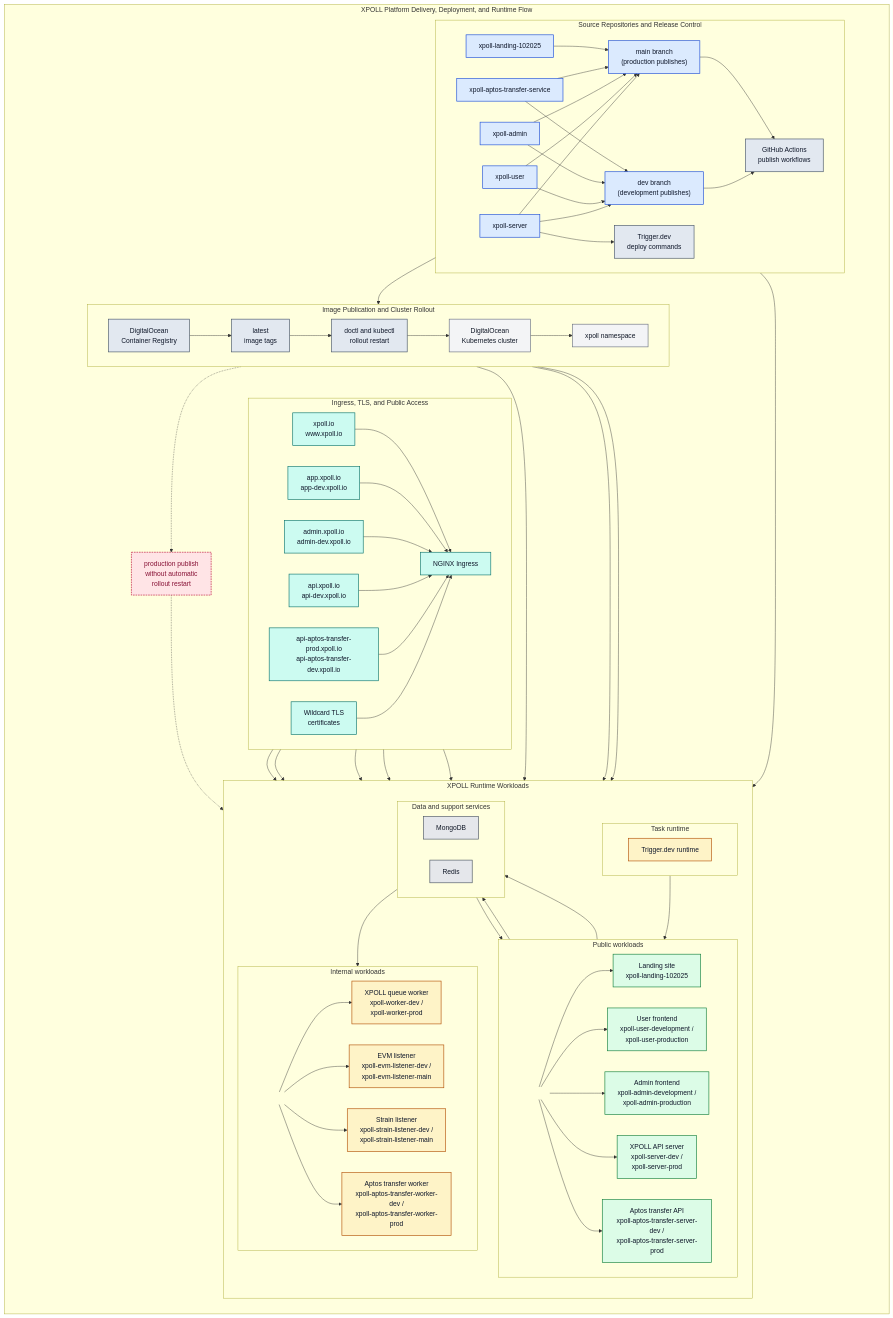
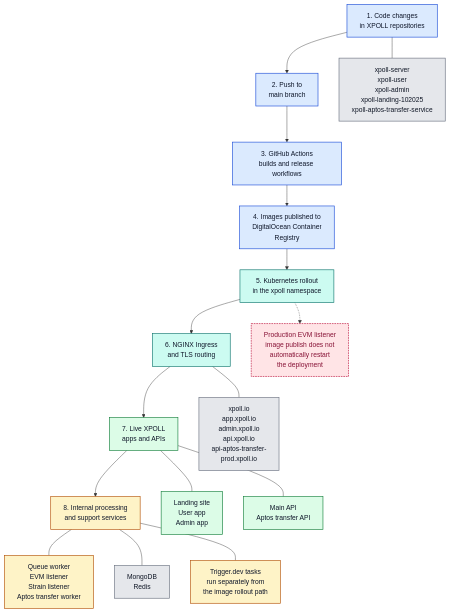
Before and after one commit to saranshkhulbe7/social-media-publishing: the diagram in README.md, drawn with Mermaid. The commit also changed other lines of this file, not shown here.

````diff
--- a/README.md
+++ b/README.md
@@ -5,149 +5,49 @@
 ```mermaid
 flowchart TB
 
-subgraph platform["XPOLL Platform Delivery, Deployment, and Runtime Flow"]
-  direction TB
+step1["1. Code changes<br/>in XPOLL repositories"]
+step2["2. Push to<br/>main branch"]
+step3["3. GitHub Actions<br/>builds and release workflows"]
+step4["4. Images published to<br/>DigitalOcean Container<br/>Registry"]
+step5["5. Kubernetes rollout<br/>in the xpoll namespace"]
+step6["6. NGINX Ingress<br/>and TLS routing"]
+step7["7. Live XPOLL<br/>apps and APIs"]
+step8["8. Internal processing<br/>and support services"]
 
-  subgraph source_release["Source Repositories and Release Control"]
-    direction LR
-    xpoll_server["xpoll-server"]
-    xpoll_user["xpoll-user"]
-    xpoll_admin["xpoll-admin"]
-    xpoll_landing["xpoll-landing-102025"]
-    xpoll_aptos["xpoll-aptos-transfer-service"]
-    dev_branch["dev branch<br/>(development publishes)"]
-    main_branch["main branch<br/>(production publishes)"]
-    gha["GitHub Actions<br/>publish workflows"]
-    trigger_deploy["Trigger.dev<br/>deploy commands"]
+step1 --> step2 --> step3 --> step4 --> step5 --> step6 --> step7 --> step8
 
-    xpoll_server --> dev_branch
-    xpoll_server --> main_branch
-    xpoll_user --> dev_branch
-    xpoll_user --> main_branch
-    xpoll_admin --> dev_branch
-    xpoll_admin --> main_branch
-    xpoll_aptos --> dev_branch
-    xpoll_aptos --> main_branch
-    xpoll_landing --> main_branch
+repo_list["xpoll-server<br/>xpoll-user<br/>xpoll-admin<br/>xpoll-landing-102025<br/>xpoll-aptos-transfer-service"]
+step1 --- repo_list
 
-    dev_branch --> gha
-    main_branch --> gha
-    xpoll_server --> trigger_deploy
-  end
+domain_examples["xpoll.io<br/>app.xpoll.io<br/>admin.xpoll.io<br/>api.xpoll.io<br/>api-aptos-transfer-<br/>prod.xpoll.io"]
+step6 --- domain_examples
 
-  subgraph image_rollout["Image Publication and Cluster Rollout"]
-    direction LR
-    registry["DigitalOcean<br/>Container Registry"]
-    latest_tags["latest<br/>image tags"]
-    rollout["doctl and kubectl<br/>rollout restart"]
-    do_cluster["DigitalOcean<br/>Kubernetes cluster"]
-    xpoll_ns["xpoll namespace"]
+public_apps["Landing site<br/>User app<br/>Admin app"]
+public_apis["Main API<br/>Aptos transfer API"]
+step7 --- public_apps
+step7 --- public_apis
 
-    gha --> registry --> latest_tags --> rollout --> do_cluster --> xpoll_ns
-  end
+internal_jobs["Queue worker<br/>EVM listener<br/>Strain listener<br/>Aptos transfer worker"]
+data_services["MongoDB<br/>Redis"]
+trigger_runtime["Trigger.dev tasks<br/>run separately from<br/>the image rollout path"]
+step8 --- internal_jobs
+step8 --- data_services
+step8 --- trigger_runtime
 
-  subgraph routing["Ingress, TLS, and Public Access"]
-    direction LR
-    domain_root["xpoll.io<br/>www.xpoll.io"]
-    domain_app["app.xpoll.io<br/>app-dev.xpoll.io"]
-    domain_admin["admin.xpoll.io<br/>admin-dev.xpoll.io"]
-    domain_api["api.xpoll.io<br/>api-dev.xpoll.io"]
-    domain_aptos["api-aptos-transfer-prod.xpoll.io<br/>api-aptos-transfer-dev.xpoll.io"]
-    tls["Wildcard TLS<br/>certificates"]
-    ingress["NGINX Ingress"]
+evm_note["Production EVM listener<br/>image publish does not<br/>automatically restart<br/>the deployment"]
+step5 -.-> evm_note
 
-    domain_root --> ingress
-    domain_app --> ingress
-    domain_admin --> ingress
-    domain_api --> ingress
-    domain_aptos --> ingress
-    tls --> ingress
-  end
+classDef main fill:#dbeafe,stroke:#1d4ed8,color:#0f172a,stroke-width:1.5px;
+classDef infra fill:#ccfbf1,stroke:#0f766e,color:#0f172a,stroke-width:1.5px;
+classDef public fill:#dcfce7,stroke:#15803d,color:#0f172a,stroke-width:1.5px;
+classDef support fill:#e5e7eb,stroke:#6b7280,color:#111827,stroke-width:1.5px;
+classDef internal fill:#fef3c7,stroke:#b45309,color:#0f172a,stroke-width:1.5px;
+classDef note fill:#ffe4e6,stroke:#be123c,color:#881337,stroke-width:1.5px,stroke-dasharray: 4 2;
 
-  subgraph runtime["XPOLL Runtime Workloads"]
-    direction TB
-
-    subgraph public_group["Public workloads"]
-      direction LR
-      public_anchor[" "]
-      landing_site["Landing site<br/>xpoll-landing-102025"]
-      user_frontend["User frontend<br/>xpoll-user-development /<br/>xpoll-user-production"]
-      admin_frontend["Admin frontend<br/>xpoll-admin-development /<br/>xpoll-admin-production"]
-      api_server["XPOLL API server<br/>xpoll-server-dev /<br/>xpoll-server-prod"]
-      aptos_api["Aptos transfer API<br/>xpoll-aptos-transfer-server-dev /<br/>xpoll-aptos-transfer-server-prod"]
-
-      public_anchor --> landing_site
-      public_anchor --> user_frontend
-      public_anchor --> admin_frontend
-      public_anchor --> api_server
-      public_anchor --> aptos_api
-    end
-
-    subgraph internal_group["Internal workloads"]
-      direction LR
-      internal_anchor[" "]
-      worker["XPOLL queue worker<br/>xpoll-worker-dev /<br/>xpoll-worker-prod"]
-      evm_listener["EVM listener<br/>xpoll-evm-listener-dev /<br/>xpoll-evm-listener-main"]
-      strain_listener["Strain listener<br/>xpoll-strain-listener-dev /<br/>xpoll-strain-listener-main"]
-      aptos_worker["Aptos transfer worker<br/>xpoll-aptos-transfer-worker-dev /<br/>xpoll-aptos-transfer-worker-prod"]
-
-      internal_anchor --> worker
-      internal_anchor --> evm_listener
-      internal_anchor --> strain_listener
-      internal_anchor --> aptos_worker
-    end
-
-    subgraph task_group["Task runtime"]
-      direction LR
-      trigger_runtime["Trigger.dev runtime"]
-    end
-
-    subgraph data_group["Data and support services"]
-      direction LR
-      mongo["MongoDB"]
-      redis["Redis"]
-    end
-  end
-
-  xpoll_ns --> public_anchor
-  xpoll_ns --> internal_anchor
-  xpoll_ns --> trigger_runtime
-
-  ingress --> landing_site
-  ingress --> user_frontend
-  ingress --> admin_frontend
-  ingress --> api_server
-  ingress --> aptos_api
-
-  api_server --> mongo
-  mongo --> api_server
-  api_server --> redis
-  redis --> worker
-  trigger_runtime --> api_server
-
-  trigger_deploy --> trigger_runtime
-
-  latest_tags -.-> evm_note["production publish<br/>without automatic<br/>rollout restart"]
-  evm_note -.-> evm_listener
-end
-
-classDef source fill:#dbeafe,stroke:#1d4ed8,color:#0f172a,stroke-width:1.5px;
-classDef release fill:#e2e8f0,stroke:#475569,color:#0f172a,stroke-width:1.5px;
-classDef infra fill:#f3f4f6,stroke:#6b7280,color:#111827,stroke-width:1.5px;
-classDef ingress_style fill:#ccfbf1,stroke:#0f766e,color:#0f172a,stroke-width:1.5px;
-classDef public fill:#dcfce7,stroke:#15803d,color:#0f172a,stroke-width:1.5px;
-classDef internal fill:#fef3c7,stroke:#b45309,color:#0f172a,stroke-width:1.5px;
-classDef data fill:#e5e7eb,stroke:#4b5563,color:#111827,stroke-width:1.5px;
-classDef note fill:#ffe4e6,stroke:#be123c,color:#881337,stroke-width:1.5px,stroke-dasharray: 4 2;
-classDef ghost fill:transparent,stroke:transparent,color:transparent;
-
-class xpoll_server,xpoll_user,xpoll_admin,xpoll_landing,xpoll_aptos,dev_branch,main_branch source;
-class gha,trigger_deploy,registry,latest_tags,rollout release;
-class do_cluster,xpoll_ns infra;
-class domain_root,domain_app,domain_admin,domain_api,domain_aptos,tls,ingress ingress_style;
-class landing_site,user_frontend,admin_frontend,api_server,aptos_api public;
-class worker,evm_listener,strain_listener,aptos_worker,trigger_runtime internal;
-class mongo,redis data;
+class step1,step2,step3,step4 main;
+class step5,step6 infra;
+class step7,public_apps,public_apis public;
+class repo_list,domain_examples,data_services support;
+class step8,internal_jobs,trigger_runtime internal;
 class evm_note note;
-class public_anchor,internal_anchor ghost;
 ```
````
